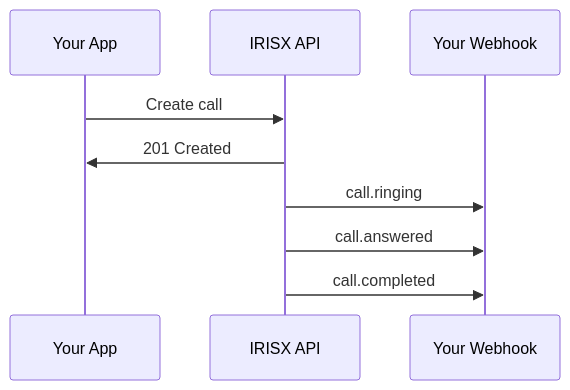
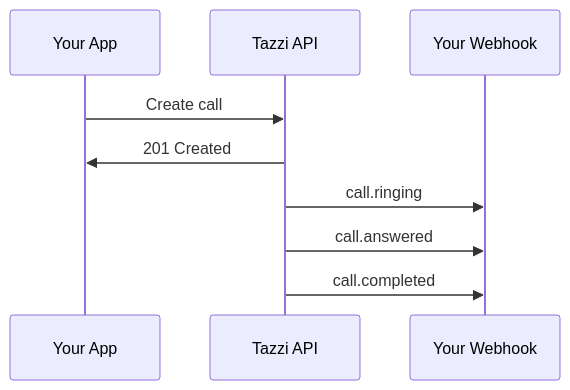
Before and after one commit to genghisprime/irisx-infrastructure: the diagram in docs/concepts/webhooks.mdx, drawn with Mermaid. The commit also changed other lines of this file and 220 other files, not shown here.

````diff
--- a/docs/concepts/webhooks.mdx
+++ b/docs/concepts/webhooks.mdx
@@ -12,12 +12,12 @@
 ```mermaid
 sequenceDiagram
     participant App as Your App
-    participant IRISX as IRISX API
+    participant Tazzi as Tazzi API
     participant Webhook as Your Webhook
 
-    App->>IRISX: Create call
-    IRISX->>App: 201 Created
-    IRISX->>Webhook: call.ringing
-    IRISX->>Webhook: call.answered
-    IRISX->>Webhook: call.completed
+    App->>Tazzi: Create call
+    Tazzi->>App: 201 Created
+    Tazzi->>Webhook: call.ringing
+    Tazzi->>Webhook: call.answered
+    Tazzi->>Webhook: call.completed
 ```
````
